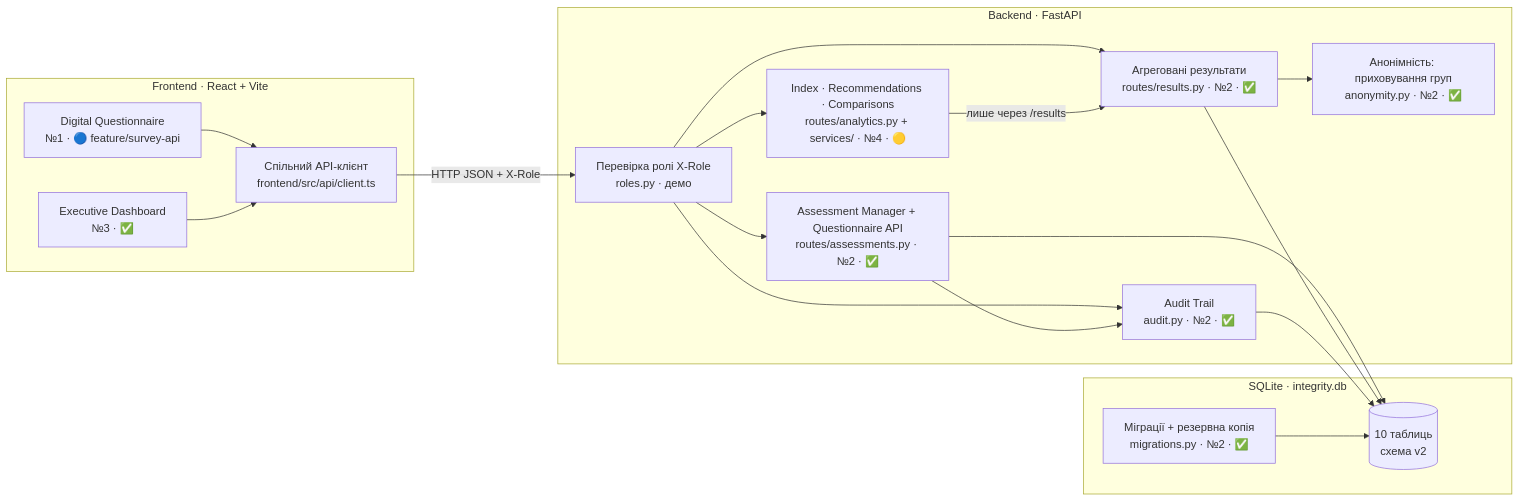
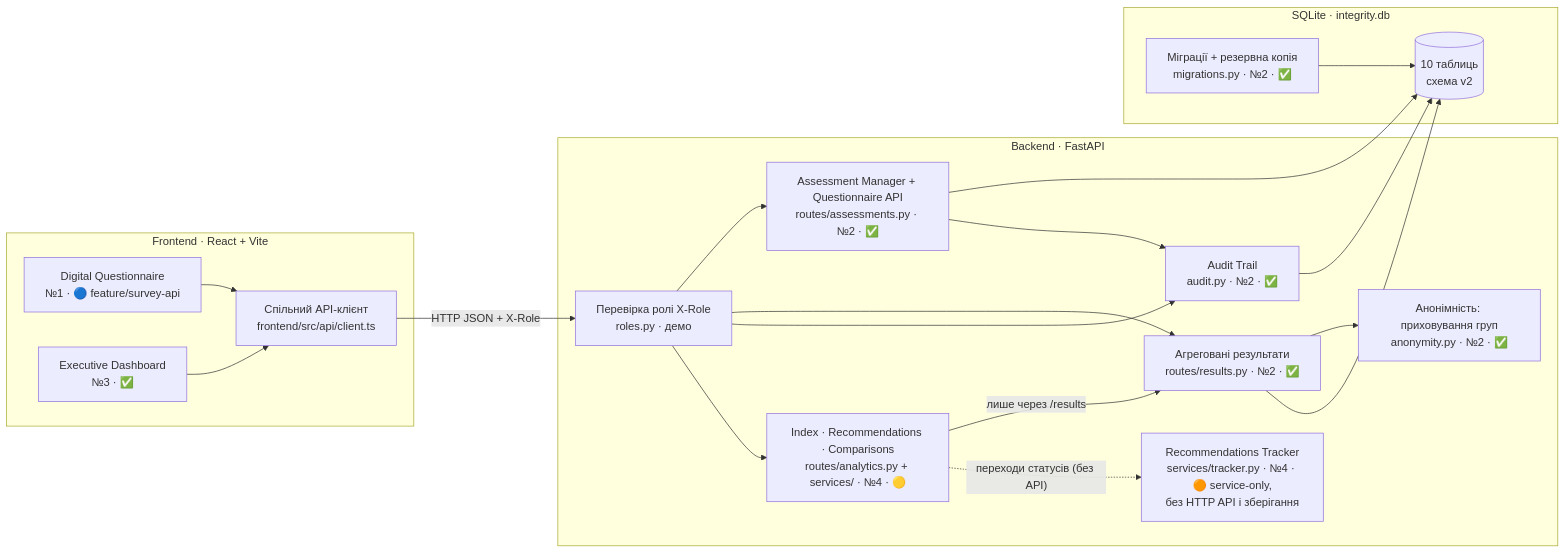
Before and after one commit to golem86/hacaton: the first of 3 diagrams in docs/integration-map.md, drawn with Mermaid. The commit also changed other lines of this file and 1 other file, not shown here.

Commit message:
Docs: уточнення за рев'ю PR #10 (SHA, PostgreSQL, Tracker, CORS)

````diff
--- a/docs/integration-map.md
+++ b/docs/integration-map.md
@@ -18,34 +19,36 @@
 ```mermaid
 flowchart LR
     subgraph FE["Frontend · React + Vite"]
         Q["Digital Questionnaire<br/>№1 · 🔵 feature/survey-api"]
         D["Executive Dashboard<br/>№3 · ✅"]
         C["Спільний API-клієнт<br/>frontend/src/api/client.ts"]
     end
 
     subgraph BE["Backend · FastAPI"]
         R["Перевірка ролі X-Role<br/>roles.py · демо"]
         AM["Assessment Manager + Questionnaire API<br/>routes/assessments.py · №2 · ✅"]
         RS["Агреговані результати<br/>routes/results.py · №2 · ✅"]
         AN["Анонімність: приховування груп<br/>anonymity.py · №2 · ✅"]
         AT["Audit Trail<br/>audit.py · №2 · ✅"]
         IX["Index · Recommendations · Comparisons<br/>routes/analytics.py + services/ · №4 · 🟡"]
+        TR["Recommendations Tracker<br/>services/tracker.py · №4 · 🟠 service-only,<br/>без HTTP API і зберігання"]
     end
 
     subgraph DB["SQLite · integrity.db"]
         T[("10 таблиць<br/>схема v2")]
         MG["Міграції + резервна копія<br/>migrations.py · №2 · ✅"]
     end
 
     Q --> C
     D --> C
     C -->|"HTTP JSON + X-Role"| R
     R --> AM & RS & AT & IX
     AM --> T
     AM --> AT
     RS --> AN
     RS --> T
     IX -->|"лише через /results"| RS
+    IX -.->|"переходи статусів (без API)"| TR
     AT --> T
     MG --> T
 ```
````
